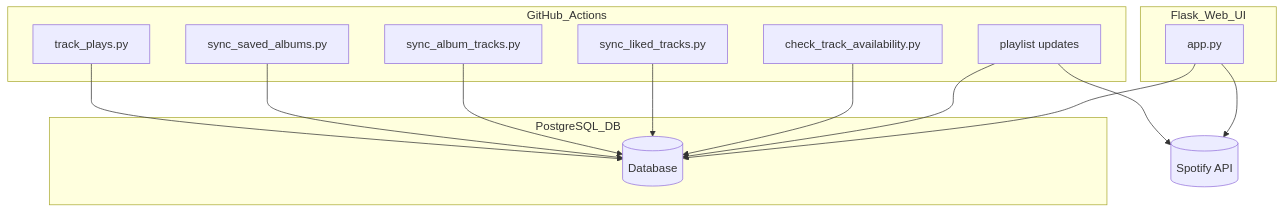
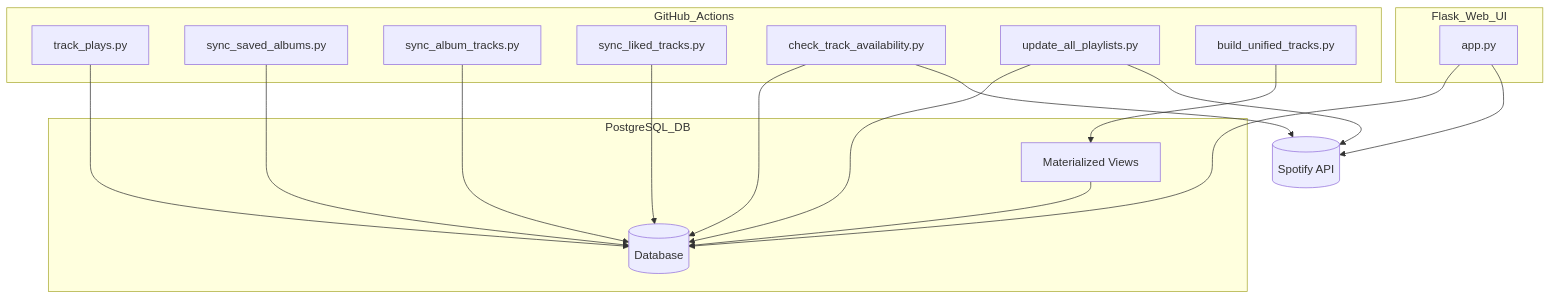
The diagram in README.md (confidentjohn/spotify-smart-playlists), drawn with Mermaid before and after one commit. The commit also changed other lines of this file, not shown here.

````diff
--- a/README.md
+++ b/README.md
@@ -172,30 +192,34 @@
 ```mermaid
 graph TD
     subgraph GitHub_Actions
-        A["track_plays.py"]
-        B["sync_saved_albums.py"]
-        D["sync_album_tracks.py"]
-        E["sync_liked_tracks.py"]
-        F["check_track_availability.py"]
-        G["playlist updates"]
+        A[track_plays.py]
+        B[sync_saved_albums.py]
+        C[sync_album_tracks.py]
+        D[sync_liked_tracks.py]
+        E[check_track_availability.py]
+        F[update_all_playlists.py]
+        G[build_unified_tracks.py]
     end
 
     subgraph Flask_Web_UI
-        H["app.py"]
+        H[app.py]
     end
 
     subgraph PostgreSQL_DB
         DB[(Database)]
+        MV[Materialized Views]
     end
 
     A --> DB
     B --> DB
+    C --> DB
     D --> DB
     E --> DB
     F --> DB
-    G --> DB
-    G --> Spotify[(Spotify API)]
+    G --> MV
+    MV --> DB
     H --> DB
-    H --> Spotify
-
+    H --> Spotify[(Spotify API)]
+    F --> Spotify
+    E --> Spotify
 ```
````
